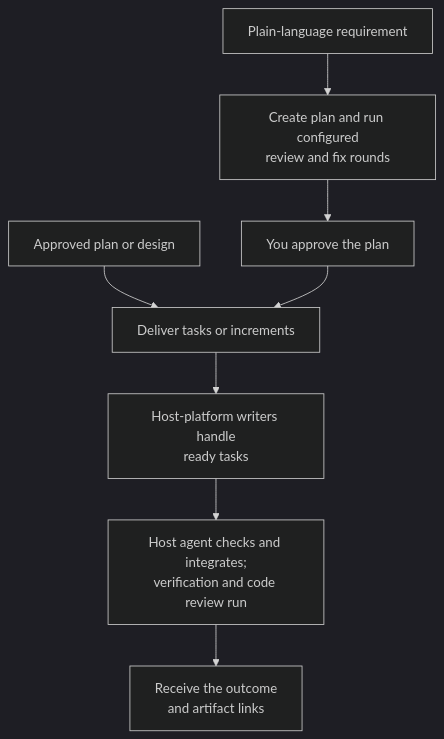
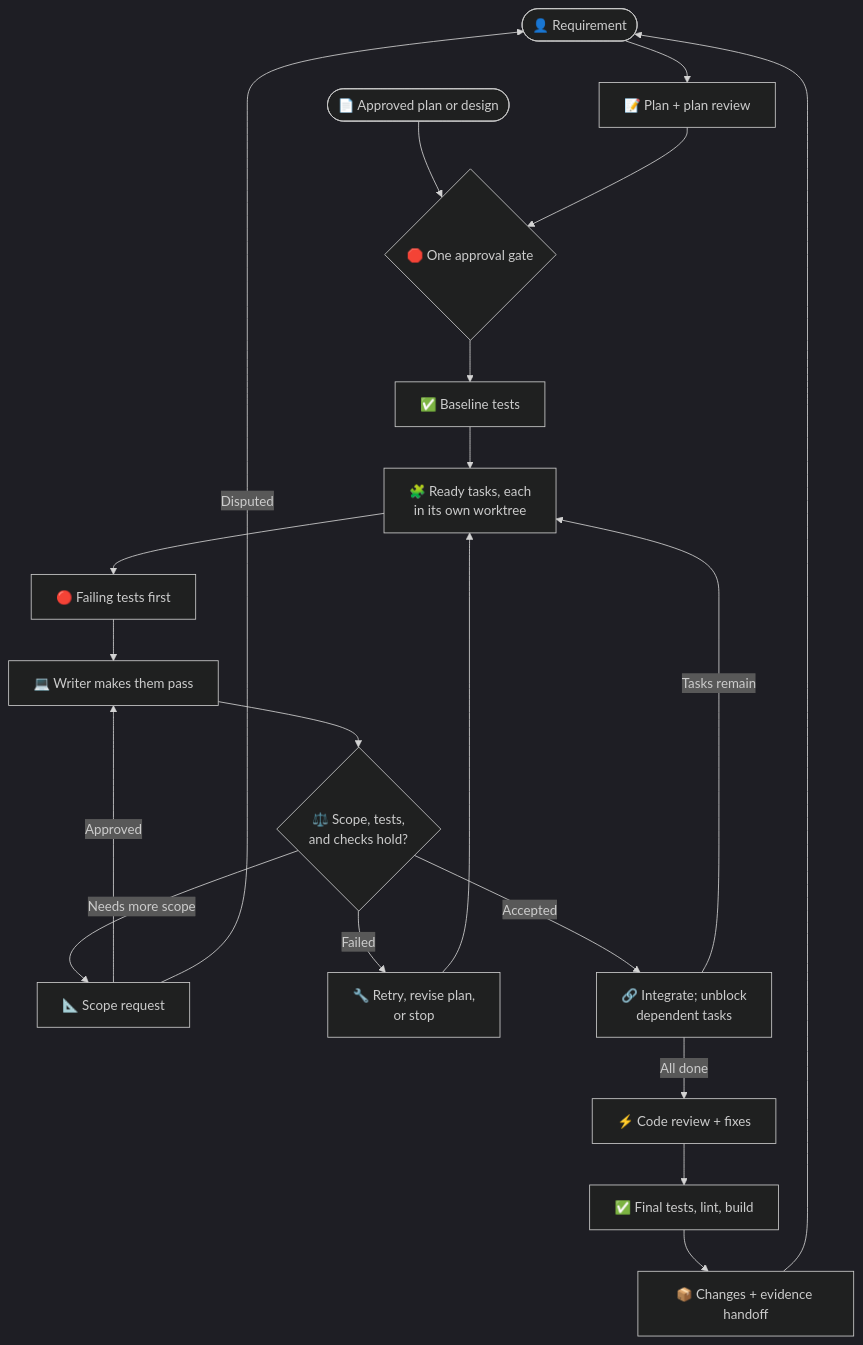
Before and after one commit to Gyunikuchan/dispatch-skills: the diagram in skills/dispatch/references/readme/implement.md, drawn with Mermaid (dark theme). The commit also changed 5 other files, not shown here.

First line of the commit message:
docs(dispatch): detail verb flow diagrams in README-style mermaid

````diff
--- a/skills/dispatch/references/readme/implement.md
+++ b/skills/dispatch/references/readme/implement.md
@@ -13,10 +13,22 @@
 ```mermaid
 flowchart TD
-    Requirement["Plain-language requirement"] --> Plan["Create plan and run configured<br/>review and fix rounds"]
-    Plan --> Approval["You approve the plan"]
-    Artifact["Approved plan or design"] --> Delivery["Deliver tasks or increments"]
-    Approval --> Delivery
-    Delivery --> Writer["Host-platform writers handle<br/>ready tasks"]
-    Writer --> Check["Host agent checks and integrates;<br/>verification and code review run"]
-    Check --> Handoff["Receive the outcome<br/>and artifact links"]
+    User(["👤 Requirement"]) --> Plan["📝 Plan + plan review"]
+    Artifact(["📄 Approved plan or design"]) --> Gate
+    Plan --> Gate{"🛑 One approval gate"}
+    Gate --> Baseline["✅ Baseline tests"]
+    Baseline --> Tasks["🧩 Ready tasks, each<br/>in its own worktree"]
+    Tasks --> Red["🔴 Failing tests first"]
+    Red --> Green["💻 Writer makes them pass"]
+    Green --> Accept{"⚖️ Scope, tests,<br/>and checks hold?"}
+    Accept -->|Needs more scope| Scope["📐 Scope request"]
+    Scope -->|Approved| Green
+    Scope -->|Disputed| User
+    Accept -->|Failed| Recover["🔧 Retry, revise plan,<br/>or stop"]
+    Recover --> Tasks
+    Accept -->|Accepted| Integrate["🔗 Integrate; unblock<br/>dependent tasks"]
+    Integrate -->|Tasks remain| Tasks
+    Integrate -->|All done| CodeReview["⚡ Code review + fixes"]
+    CodeReview --> Final["✅ Final tests, lint, build"]
+    Final --> Handoff["📦 Changes + evidence handoff"]
+    Handoff --> User
 ```
````
